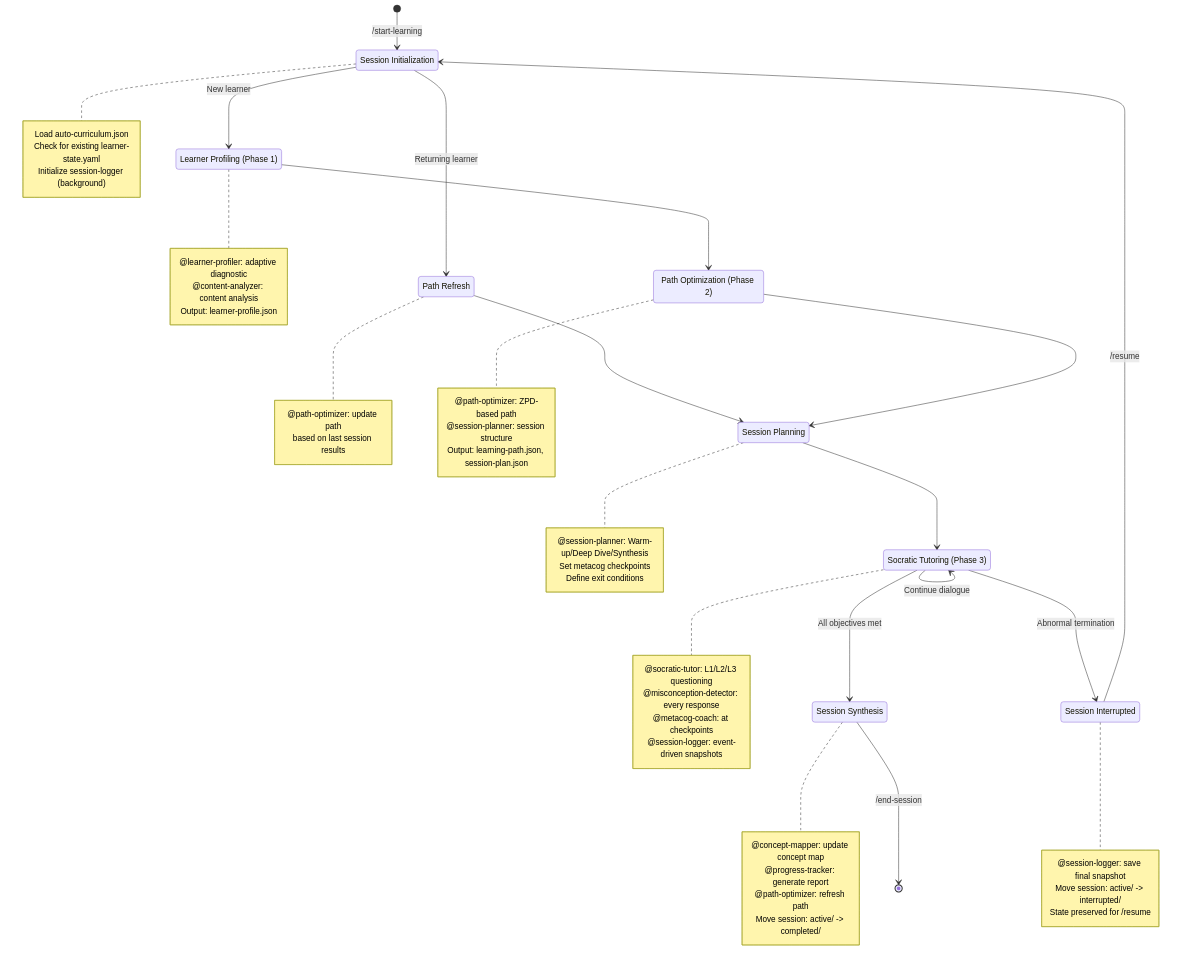
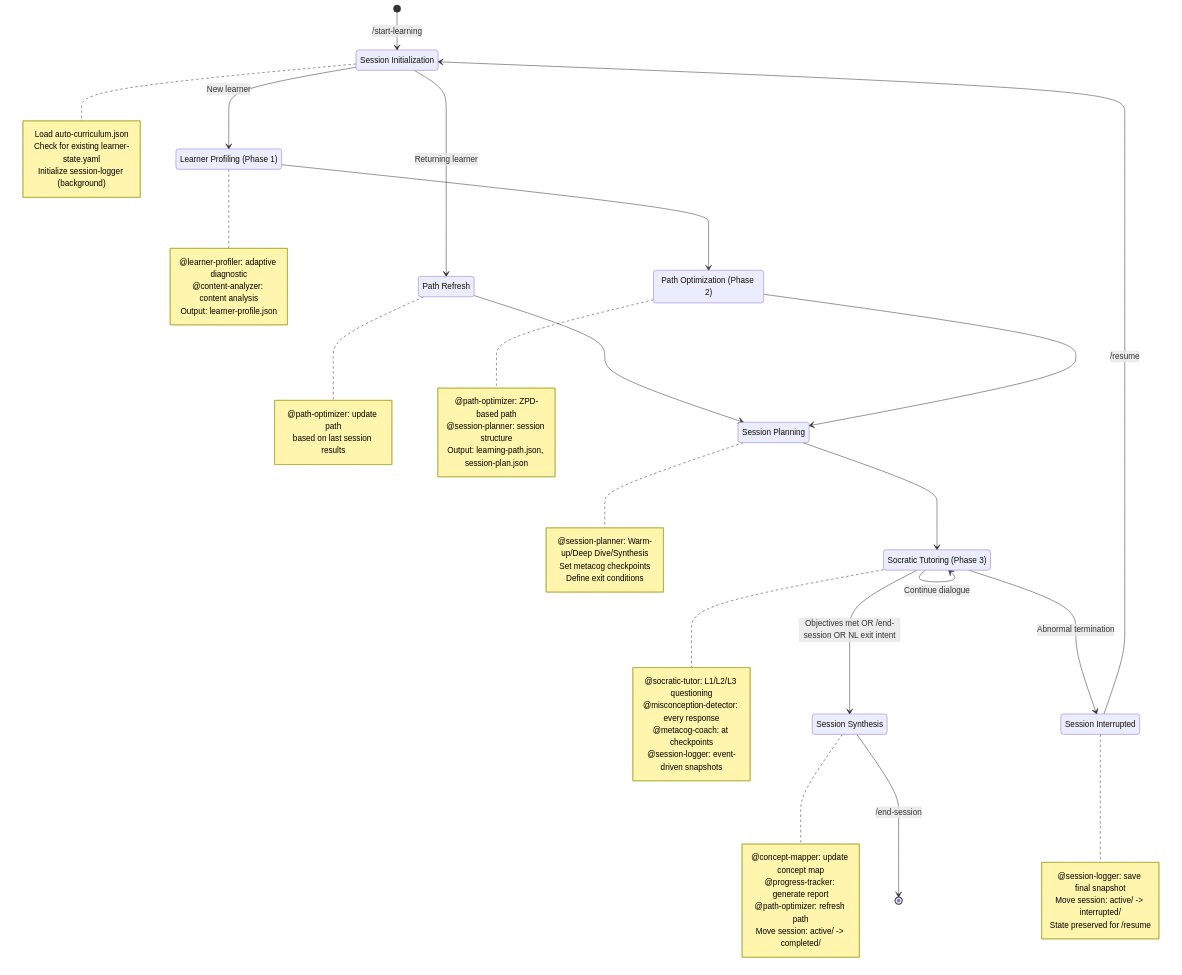
One commit to idoforgod/Vibe-learning-AgenticWorkflow changed the diagram in .claude/skills/socratic-tutor/SKILL.md. Above: the diagram before and after it, drawn with Mermaid. The commit also changed other lines of this file and 11 other files, not shown here.

````diff
--- a/.claude/skills/socratic-tutor/SKILL.md
+++ b/.claude/skills/socratic-tutor/SKILL.md
@@ -20,80 +20,80 @@
 ```mermaid
 stateDiagram-v2
     [*] --> INIT: /start-learning
 
     INIT: Session Initialization
     note right of INIT
         Load auto-curriculum.json
         Check for existing learner-state.yaml
         Initialize session-logger (background)
     end note
 
     INIT --> PROFILING: New learner
     INIT --> PATH_REFRESH: Returning learner
 
     PROFILING: Learner Profiling (Phase 1)
     note right of PROFILING
         @learner-profiler: adaptive diagnostic
         @content-analyzer: content analysis
         Output: learner-profile.json
     end note
 
     PROFILING --> PATH_OPTIMIZATION
 
     PATH_REFRESH: Path Refresh
     note right of PATH_REFRESH
         @path-optimizer: update path
         based on last session results
     end note
 
     PATH_REFRESH --> SESSION_PLANNING
 
     PATH_OPTIMIZATION: Path Optimization (Phase 2)
     note right of PATH_OPTIMIZATION
         @path-optimizer: ZPD-based path
         @session-planner: session structure
         Output: learning-path.json, session-plan.json
     end note
 
     PATH_OPTIMIZATION --> SESSION_PLANNING
 
     SESSION_PLANNING: Session Planning
     note right of SESSION_PLANNING
         @session-planner: Warm-up/Deep Dive/Synthesis
         Set metacog checkpoints
         Define exit conditions
     end note
 
     SESSION_PLANNING --> TUTORING
 
     TUTORING: Socratic Tutoring (Phase 3)
     note right of TUTORING
         @socratic-tutor: L1/L2/L3 questioning
         @misconception-detector: every response
         @metacog-coach: at checkpoints
         @session-logger: event-driven snapshots
     end note
 
-    TUTORING --> SYNTHESIS: All objectives met
+    TUTORING --> SYNTHESIS: Objectives met OR /end-session OR NL exit intent
     TUTORING --> INTERRUPTED: Abnormal termination
     TUTORING --> TUTORING: Continue dialogue
 
     SYNTHESIS: Session Synthesis
     note right of SYNTHESIS
         @concept-mapper: update concept map
         @progress-tracker: generate report
         @path-optimizer: refresh path
         Move session: active/ -> completed/
     end note
 
     SYNTHESIS --> [*]: /end-session
 
     INTERRUPTED: Session Interrupted
     note right of INTERRUPTED
         @session-logger: save final snapshot
         Move session: active/ -> interrupted/
         State preserved for /resume
     end note
 
     INTERRUPTED --> INIT: /resume
 ```
````
